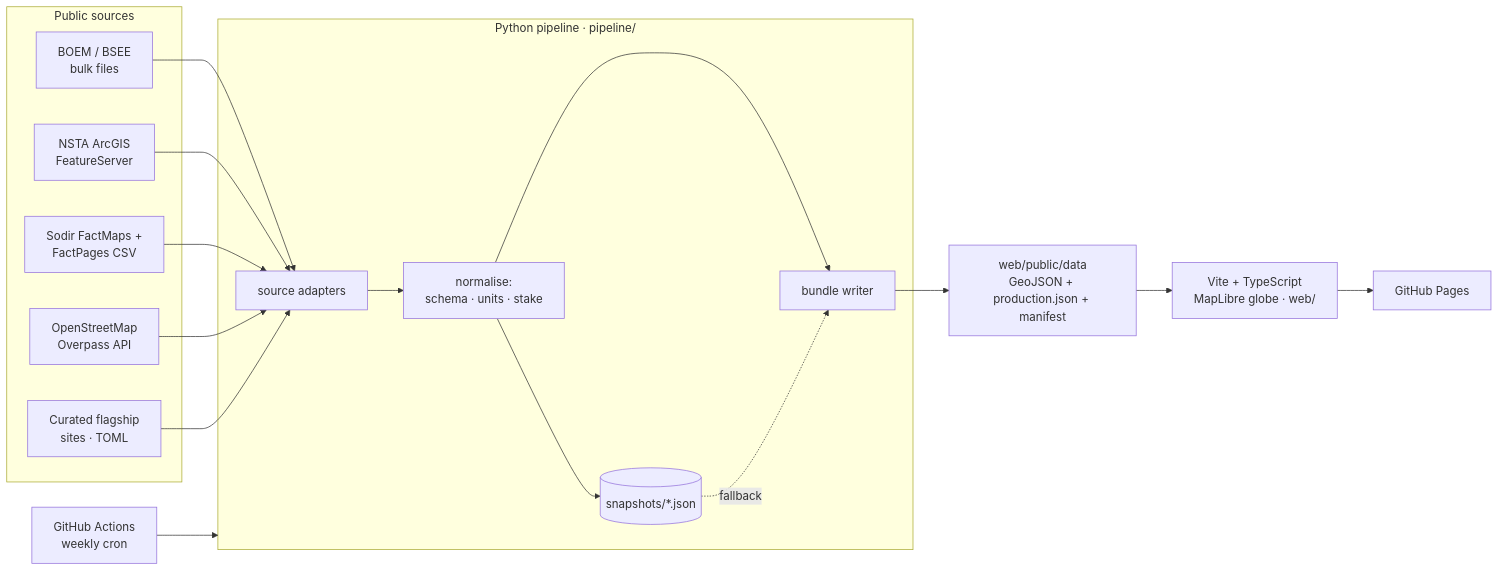
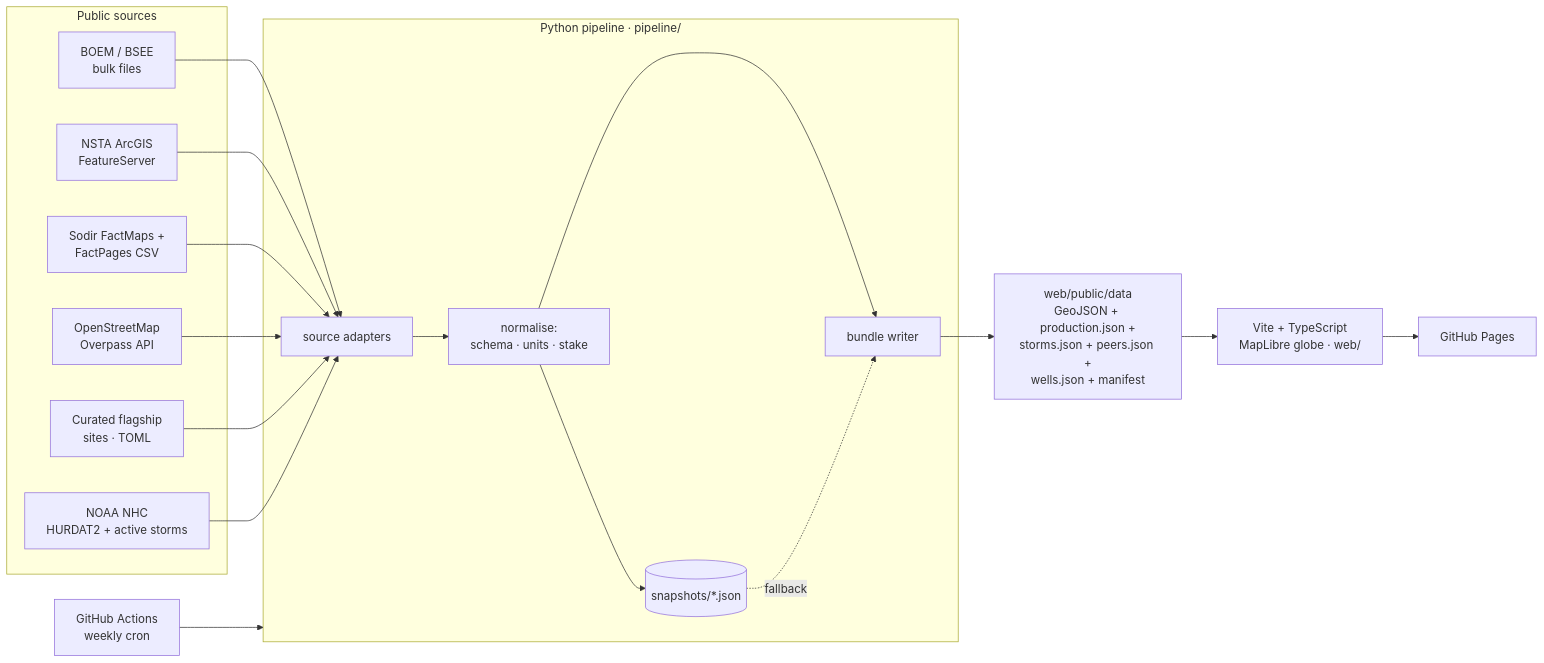
Before and after one commit to dtomyn/shell-asset-atlas: the diagram in README.md, drawn with Mermaid. The commit also changed other lines of this file and 38 other files, not shown here.

````diff
--- a/README.md
+++ b/README.md
@@ -33,21 +36,22 @@
 ```mermaid
 flowchart LR
   subgraph Public sources
     BOEM[BOEM / BSEE<br/>bulk files]
     NSTA[NSTA ArcGIS<br/>FeatureServer]
     SODIR[Sodir FactMaps +<br/>FactPages CSV]
     OSM[OpenStreetMap<br/>Overpass API]
     CUR[Curated flagship<br/>sites · TOML]
+    NHC[NOAA NHC<br/>HURDAT2 + active storms]
   end
   subgraph pipeline [Python pipeline · pipeline/]
     A[source adapters] --> N[normalise:<br/>schema · units · stake]
     N --> S[(snapshots/*.json)]
     N --> B[bundle writer]
     S -. fallback .-> B
   end
-  BOEM & NSTA & SODIR & OSM & CUR --> A
-  B --> D[web/public/data<br/>GeoJSON + production.json + manifest]
+  BOEM & NSTA & SODIR & OSM & CUR & NHC --> A
+  B --> D[web/public/data<br/>GeoJSON + production.json +<br/>storms.json + peers.json +<br/>wells.json + manifest]
   D --> W[Vite + TypeScript<br/>MapLibre globe · web/]
   GH[GitHub Actions<br/>weekly cron] --> pipeline
   W --> P[GitHub Pages]
 ```
````
